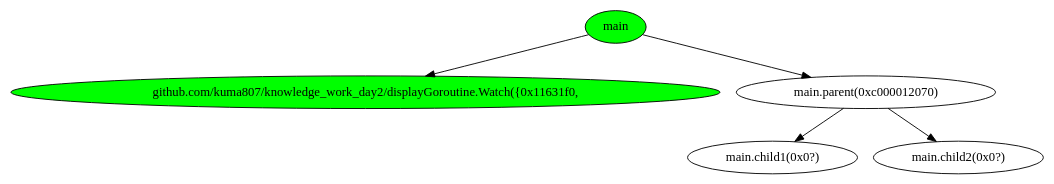
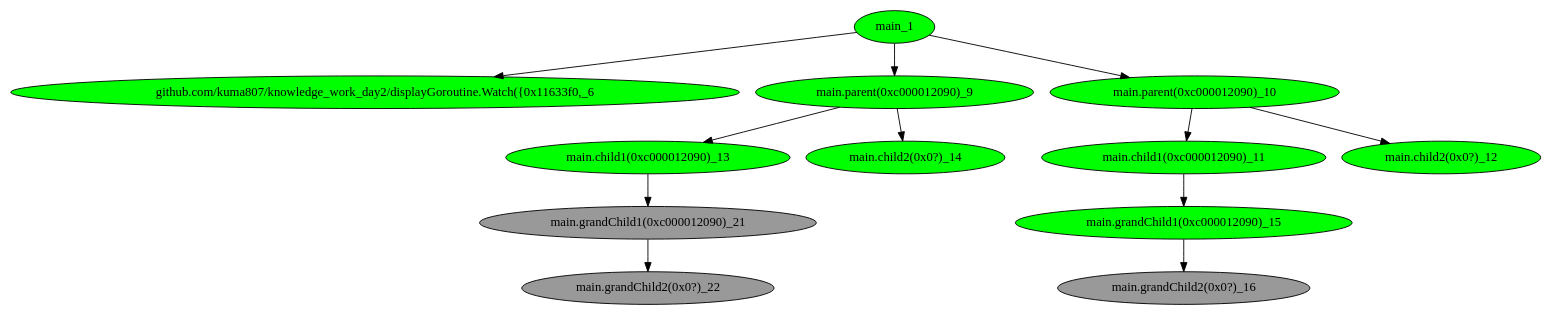
Before and after one commit to kuma807/knowledge_work_day2: the diagram in main_testGoroutine/tree_6.dot, drawn with Graphviz. The commit also changed 28 other files, not shown here.

```diff
--- a/main_testGoroutine/tree_6.dot
+++ b/main_testGoroutine/tree_6.dot
@@ -1,12 +1,26 @@
 digraph G {
-	"main"->"github.com/kuma807/knowledge_work_day2/displayGoroutine.Watch({0x11631f0,";
-	"main"->"main.parent(0xc000012070)";
-	"main.parent(0xc000012070)"->"main.child1(0x0?)";
-	"main.parent(0xc000012070)"->"main.child2(0x0?)";
-	"github.com/kuma807/knowledge_work_day2/displayGoroutine.Watch({0x11631f0," [ fillcolor="#00FF00", style="solid,filled" ];
-	"main" [ fillcolor="#00FF00", style="solid,filled" ];
-	"main.child1(0x0?)";
-	"main.child2(0x0?)";
-	"main.parent(0xc000012070)";
+	"main_1"->"github.com/kuma807/knowledge_work_day2/displayGoroutine.Watch({0x11633f0,_6";
+	"main_1"->"main.parent(0xc000012090)_9";
+	"main_1"->"main.parent(0xc000012090)_10";
+	"main.parent(0xc000012090)_10"->"main.child1(0xc000012090)_11";
+	"main.parent(0xc000012090)_10"->"main.child2(0x0?)_12";
+	"main.parent(0xc000012090)_9"->"main.child1(0xc000012090)_13";
+	"main.parent(0xc000012090)_9"->"main.child2(0x0?)_14";
+	"main.child1(0xc000012090)_11"->"main.grandChild1(0xc000012090)_15";
+	"main.grandChild1(0xc000012090)_15"->"main.grandChild2(0x0?)_16";
+	"main.child1(0xc000012090)_13"->"main.grandChild1(0xc000012090)_21";
+	"main.grandChild1(0xc000012090)_21"->"main.grandChild2(0x0?)_22";
+	"github.com/kuma807/knowledge_work_day2/displayGoroutine.Watch({0x11633f0,_6" [ fillcolor="#00FF00", style="solid,filled" ];
+	"main.child1(0xc000012090)_11" [ fillcolor="#00FF00", style="solid,filled" ];
+	"main.child1(0xc000012090)_13" [ fillcolor="#00FF00", style="solid,filled" ];
+	"main.child2(0x0?)_12" [ fillcolor="#00FF00", style="solid,filled" ];
+	"main.child2(0x0?)_14" [ fillcolor="#00FF00", style="solid,filled" ];
+	"main.grandChild1(0xc000012090)_15" [ fillcolor="#00FF00", style="solid,filled" ];
+	"main.grandChild1(0xc000012090)_21" [ fillcolor="#999999", style="solid,filled" ];
+	"main.grandChild2(0x0?)_16" [ fillcolor="#999999", style="solid,filled" ];
+	"main.grandChild2(0x0?)_22" [ fillcolor="#999999", style="solid,filled" ];
+	"main.parent(0xc000012090)_10" [ fillcolor="#00FF00", style="solid,filled" ];
+	"main.parent(0xc000012090)_9" [ fillcolor="#00FF00", style="solid,filled" ];
+	"main_1" [ fillcolor="#00FF00", style="solid,filled" ];
 
 }
```
